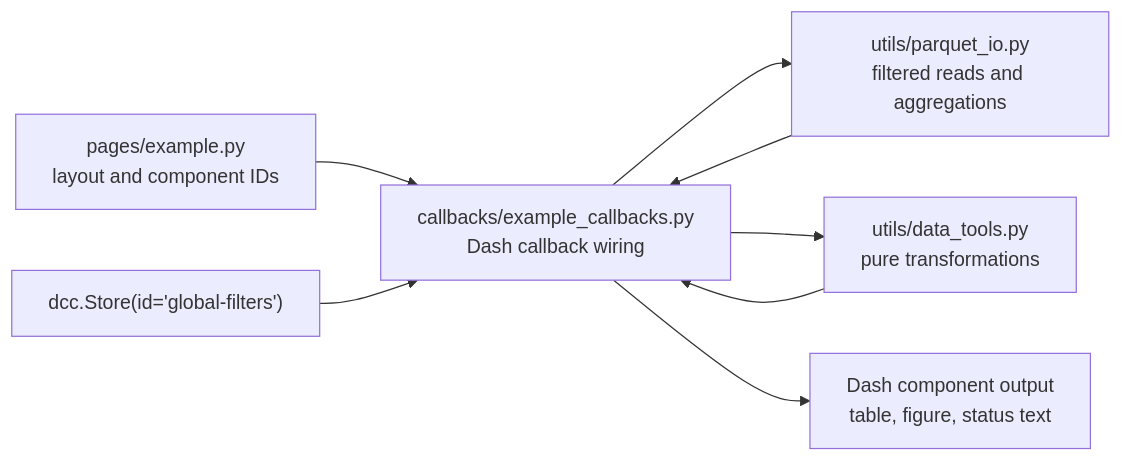
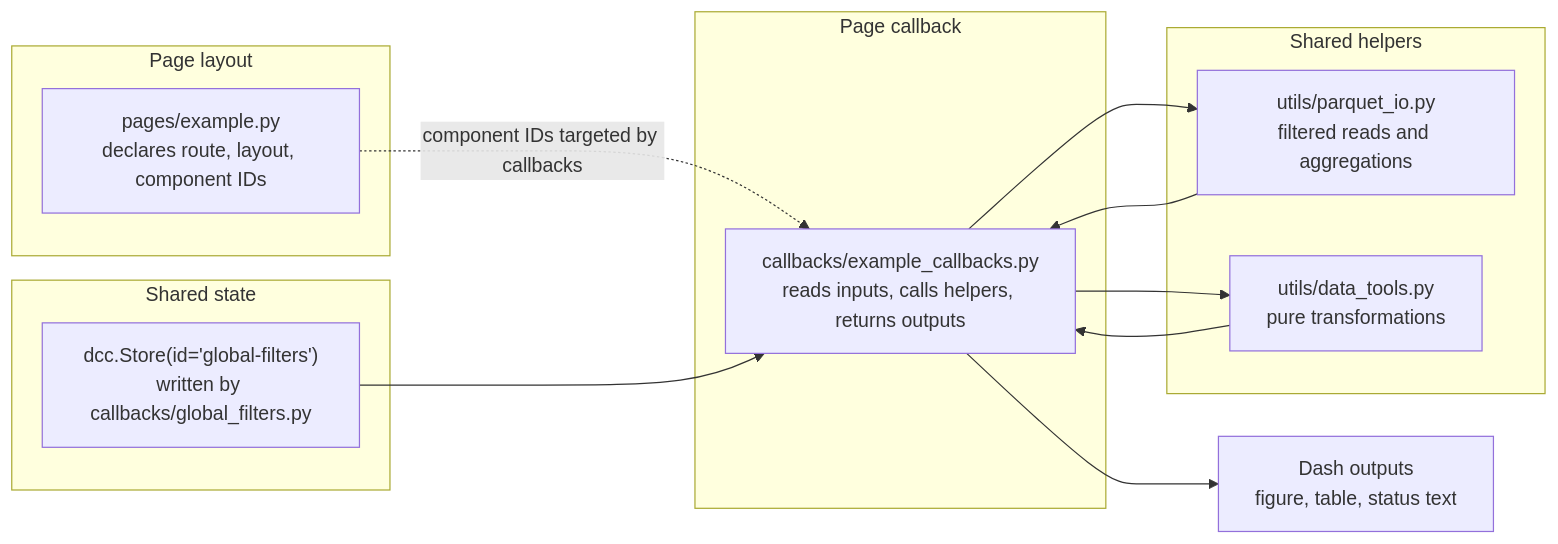
Before and after one commit to JuanPNG/biodiversity_annotations_dashboard: the second of 2 diagrams in README.md, drawn with Mermaid.

````diff
--- a/README.md
+++ b/README.md
@@ -269,10 +269,27 @@
 ```mermaid
 flowchart LR
-    A["pages/example.py<br/>layout and component IDs"] --> B["callbacks/example_callbacks.py<br/>Dash callback wiring"]
-    C["dcc.Store(id='global-filters')"] --> B
-    B --> D["utils/parquet_io.py<br/>filtered reads and aggregations"]
-    B --> E["utils/data_tools.py<br/>pure transformations"]
-    D --> B
-    E --> B
-    B --> F["Dash component output<br/>table, figure, status text"]
+    subgraph Layout["Page layout"]
+        P["pages/example.py<br/>declares route, layout, component IDs"]
+    end
+
+    subgraph SharedState["Shared state"]
+        G["dcc.Store(id='global-filters')<br/>written by callbacks/global_filters.py"]
+    end
+
+    subgraph Callback["Page callback"]
+        C["callbacks/example_callbacks.py<br/>reads inputs, calls helpers, returns outputs"]
+    end
+
+    subgraph Helpers["Shared helpers"]
+        IO["utils/parquet_io.py<br/>filtered reads and aggregations"]
+        DT["utils/data_tools.py<br/>pure transformations"]
+    end
+
+    P -. "component IDs targeted by callbacks" .-> C
+    G --> C
+    C --> IO
+    C --> DT
+    IO --> C
+    DT --> C
+    C --> O["Dash outputs<br/>figure, table, status text"]
 ```
````
